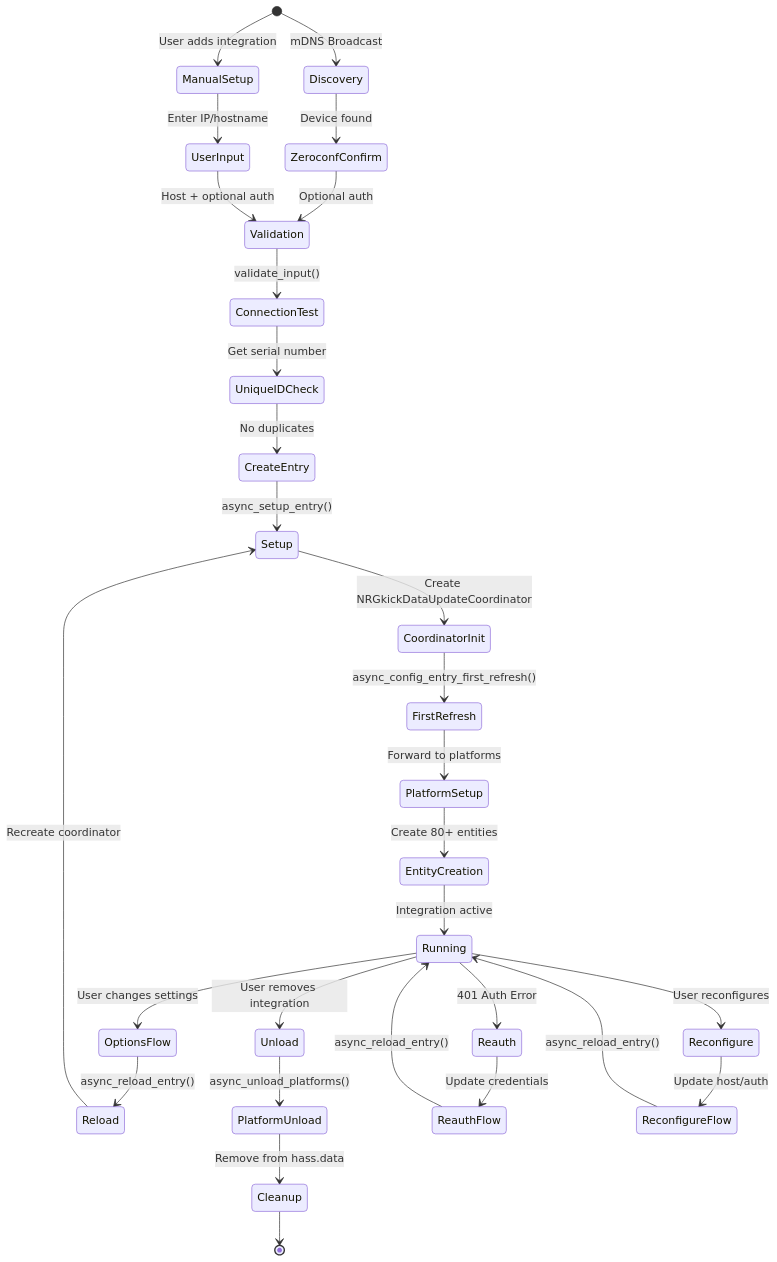
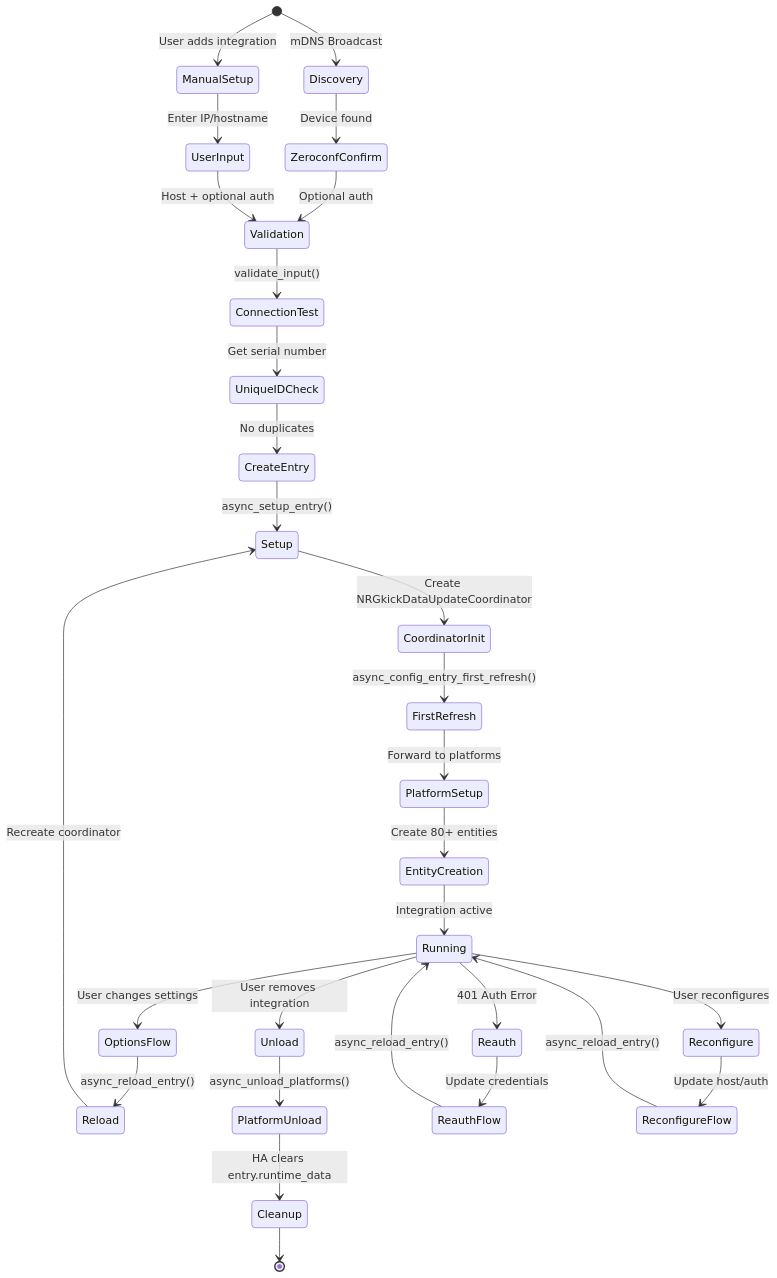
The third of 7 diagrams in ARCHITECTURE.md (andijakl/nrgkick-homeassistant), drawn with Mermaid before and after one commit. The commit also changed other lines of this file and 4 other files, not shown here.

````diff
--- a/ARCHITECTURE.md
+++ b/ARCHITECTURE.md
@@ -192,40 +198,40 @@
 ```mermaid
 stateDiagram-v2
     [*] --> Discovery: mDNS Broadcast
     [*] --> ManualSetup: User adds integration
 
     Discovery --> ZeroconfConfirm: Device found
     ManualSetup --> UserInput: Enter IP/hostname
 
     ZeroconfConfirm --> Validation: Optional auth
     UserInput --> Validation: Host + optional auth
 
     Validation --> ConnectionTest: validate_input()
     ConnectionTest --> UniqueIDCheck: Get serial number
     UniqueIDCheck --> CreateEntry: No duplicates
 
     CreateEntry --> Setup: async_setup_entry()
     Setup --> CoordinatorInit: Create NRGkickDataUpdateCoordinator
     CoordinatorInit --> FirstRefresh: async_config_entry_first_refresh()
     FirstRefresh --> PlatformSetup: Forward to platforms
 
     PlatformSetup --> EntityCreation: Create 80+ entities
     EntityCreation --> Running: Integration active
 
     Running --> OptionsFlow: User changes settings
     OptionsFlow --> Reload: async_reload_entry()
     Reload --> Setup: Recreate coordinator
 
     Running --> Unload: User removes integration
     Unload --> PlatformUnload: async_unload_platforms()
-    PlatformUnload --> Cleanup: Remove from hass.data
+    PlatformUnload --> Cleanup: HA clears entry.runtime_data
     Cleanup --> [*]
 
     Running --> Reauth: 401 Auth Error
     Reauth --> ReauthFlow: Update credentials
     ReauthFlow --> Running: async_reload_entry()
 
     Running --> Reconfigure: User reconfigures
     Reconfigure --> ReconfigureFlow: Update host/auth
     ReconfigureFlow --> Running: async_reload_entry()
 ```
````
